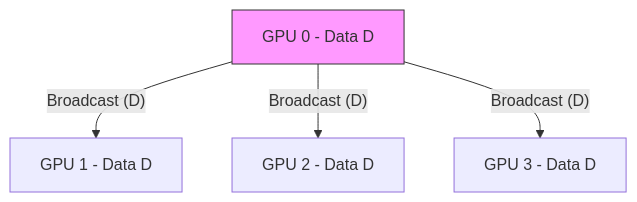
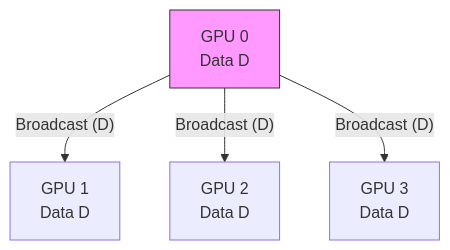
One commit to jianzhnie/ScaleTorch changed the first of 8 diagrams in doc/分布式集合通信和通信原语.md. Above: the diagram before and after it, drawn with Mermaid. The commit also changed other lines of this file, not shown here.

````diff
--- a/doc/分布式集合通信和通信原语.md
+++ b/doc/分布式集合通信和通信原语.md
@@ -32,7 +32,7 @@
 ```mermaid
 graph TD
-    A[GPU 0 - Data D] -- Broadcast (D) --> B[GPU 1 - Data D]
-    A -- Broadcast (D) --> C[GPU 2 - Data D]
-    A -- Broadcast (D) --> D[GPU 3 - Data D]
+    A[GPU 0 <br> Data D] -- Broadcast (D) --> B[GPU 1 <br> Data D]
+    A -- Broadcast (D) --> C[GPU 2 <br> Data D]
+    A -- Broadcast (D) --> D[GPU 3 <br> Data D]
     style A fill:#f9f,stroke:#333
 ```
````
